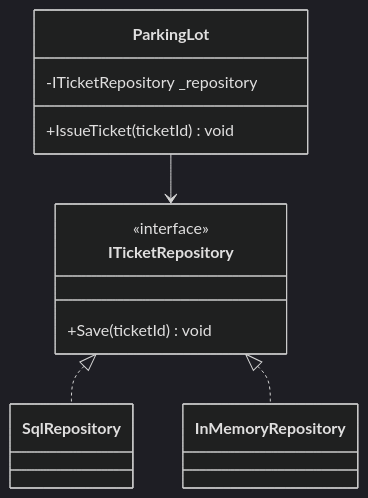
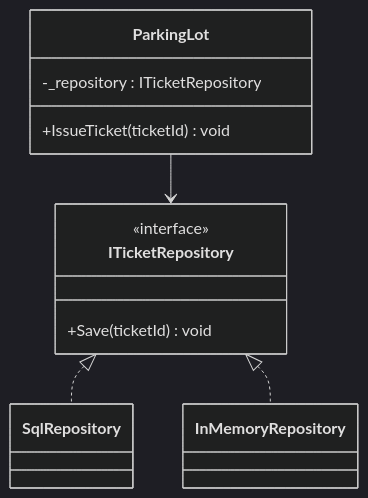
One commit to tushardongre1990/LLD-Claude changed the eighth of 8 diagrams in 00-Foundations/03-SOLID-Principles/notes.md. Above: the diagram before and after it, drawn with Mermaid (dark theme). The commit also changed other lines of this file and 19 other files, not shown here.

First line of the commit message:
docs(00-Foundations): fix mermaid attribute ordering to name : type

````diff
--- a/00-Foundations/03-SOLID-Principles/notes.md
+++ b/00-Foundations/03-SOLID-Principles/notes.md
@@ -290,16 +290,16 @@
 ```mermaid
 classDiagram
     class ParkingLot {
-        -ITicketRepository _repository
+        -_repository : ITicketRepository
         +IssueTicket(ticketId) void
     }
     class ITicketRepository {
         <<interface>>
         +Save(ticketId) void
     }
     class SqlRepository
     class InMemoryRepository
     ParkingLot --> ITicketRepository
     ITicketRepository <|.. SqlRepository
     ITicketRepository <|.. InMemoryRepository
 ```
````
